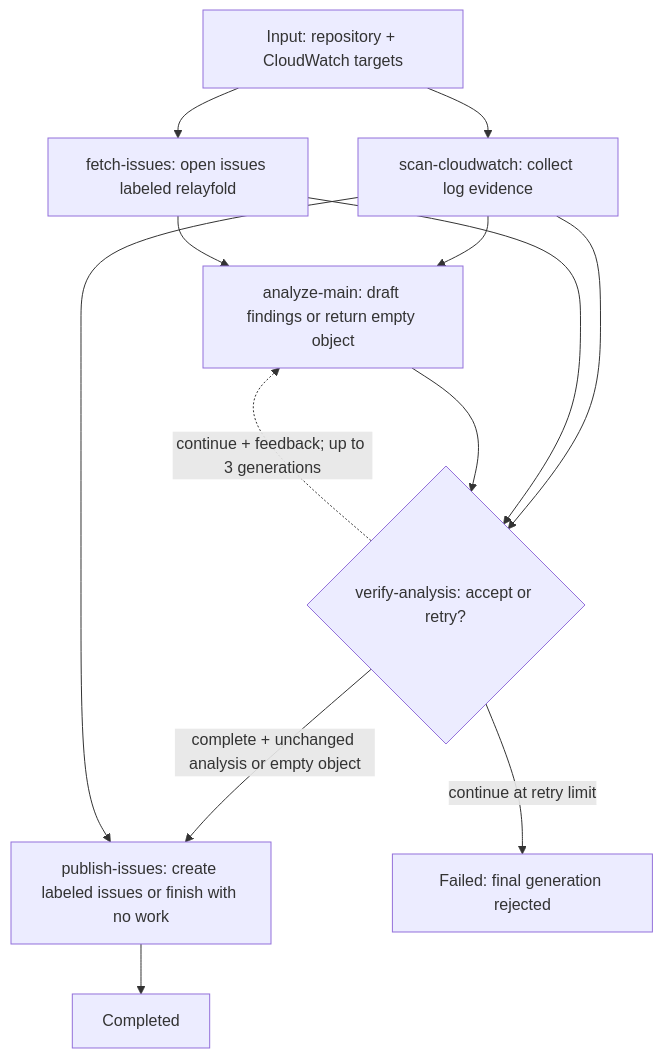
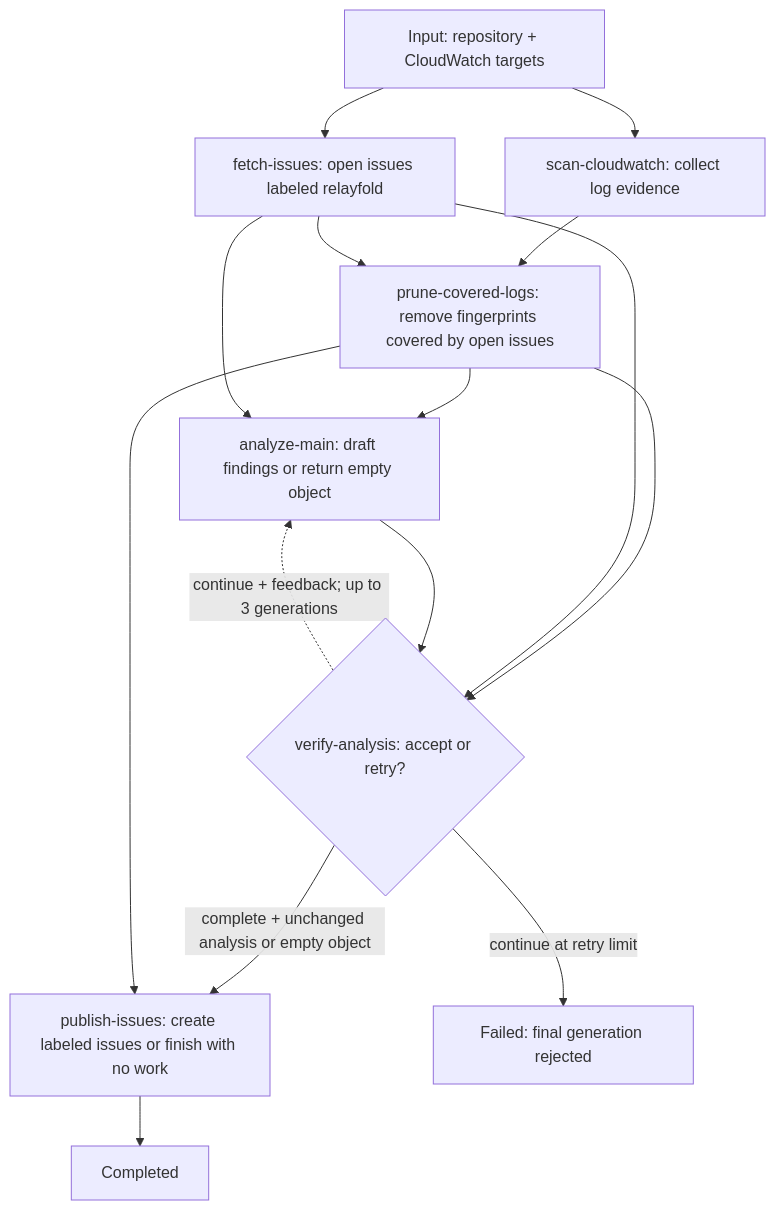
Before and after one commit to parsablelabs/relayfold: the diagram in website/src/content/docs/docs/examples/fillmyfunnel-cloudwatch-workflow.md, drawn with Mermaid. The commit also changed other lines of this file and 9 other files, not shown here.

```diff
--- a/website/src/content/docs/docs/examples/fillmyfunnel-cloudwatch-workflow.md
+++ b/website/src/content/docs/docs/examples/fillmyfunnel-cloudwatch-workflow.md
@@ -13,24 +13,27 @@
 <pre class="mermaid">
 flowchart TD
     Input["Input: repository + CloudWatch targets"]
     Scan["scan-cloudwatch: collect log evidence"]
     Issues["fetch-issues: open issues labeled relayfold"]
+    Prune["prune-covered-logs: remove fingerprints covered by open issues"]
     Analyze["analyze-main: draft findings or return empty object"]
     Verify{"verify-analysis: accept or retry?"}
     Publish["publish-issues: create labeled issues or finish with no work"]
     Done["Completed"]
     Failed["Failed: final generation rejected"]
 
     Input --> Scan
     Input --> Issues
-    Scan --> Analyze
+    Scan --> Prune
+    Issues --> Prune
+    Prune --> Analyze
     Issues --> Analyze
-    Scan --> Verify
+    Prune --> Verify
     Issues --> Verify
     Analyze --> Verify
     Verify -. "continue + feedback; up to 3 generations" .-> Analyze
     Verify -->|"complete + unchanged analysis or empty object"| Publish
-    Scan --> Publish
+    Prune --> Publish
     Verify -->|"continue at retry limit"| Failed
     Publish --> Done
 </pre>
```
